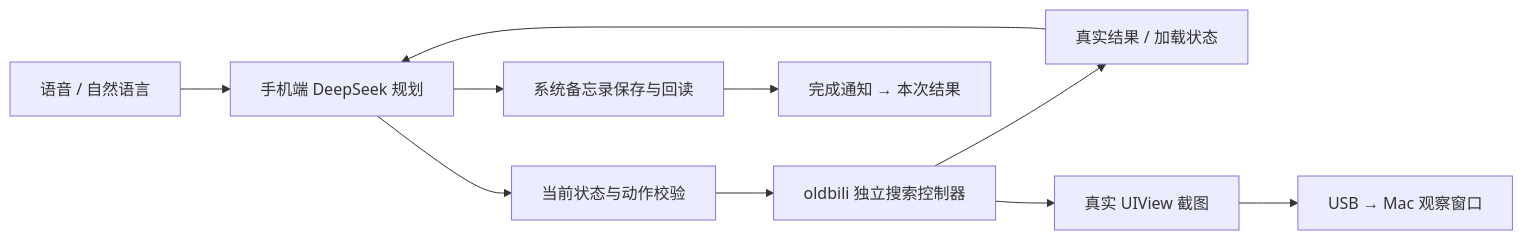
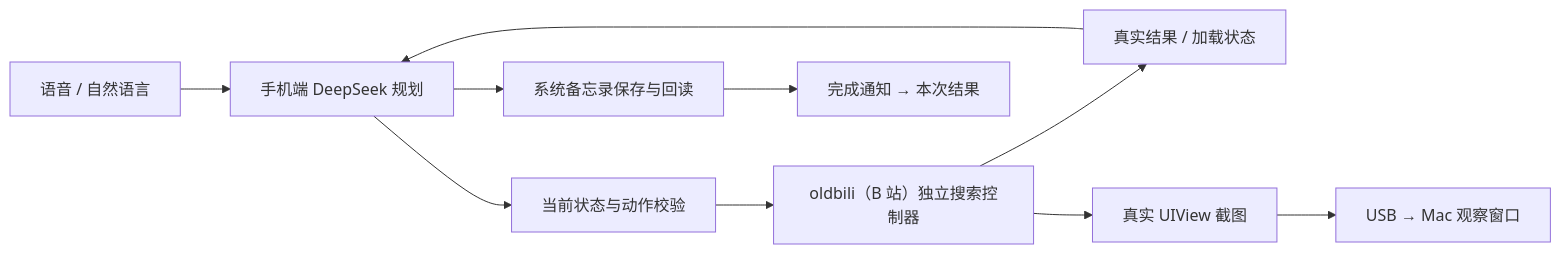
One commit to Allannn-sudo/Cophone changed the diagram in README.md. Above: the diagram before and after it, drawn with Mermaid. The commit also changed other lines of this file, not shown here.

````diff
--- a/README.md
+++ b/README.md
@@ -42,12 +42,12 @@
 ```mermaid
 flowchart LR
  U[语音 / 自然语言] --> P[手机端 DeepSeek 规划]
  P --> V[当前状态与动作校验]
- V --> A[oldbili 独立搜索控制器]
+ V --> A["oldbili（B 站）独立搜索控制器"]
  A --> O[真实结果 / 加载状态]
  O --> P
  P --> N[系统备忘录保存与回读]
  A --> F[真实 UIView 截图]
  F --> M[USB → Mac 观察窗口]
  N --> B[完成通知 → 本次结果]
 ```
````
